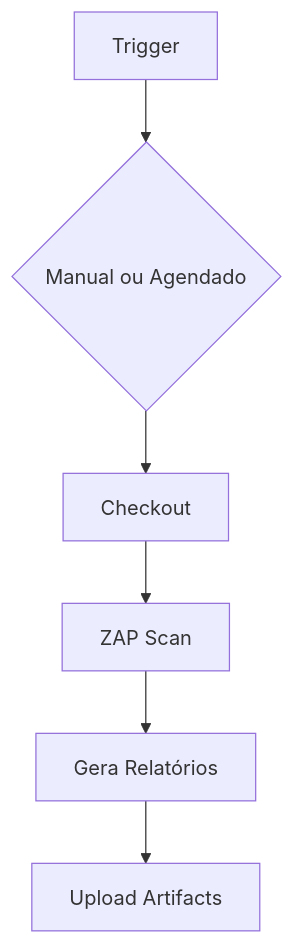
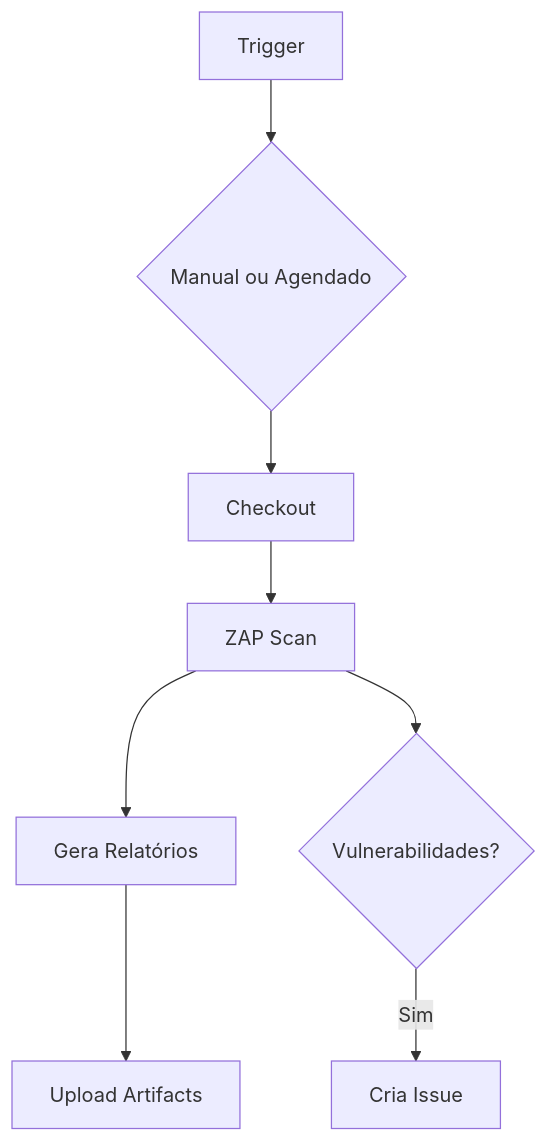
One commit to josenetoo/fiap-dclt-devsecops-aula05 changed the second of 2 diagrams in docs/HANDS-ON-05-02.md. Above: the diagram before and after it, drawn with Mermaid. The commit also changed other lines of this file and 1 other file, not shown here.

````diff
--- a/docs/HANDS-ON-05-02.md
+++ b/docs/HANDS-ON-05-02.md
@@ -170,8 +176,10 @@
 ```mermaid
 graph TB
     A[Trigger] --> B{Manual ou Agendado}
     B --> C[Checkout]
     C --> D[ZAP Scan]
     D --> E[Gera Relatórios]
     E --> F[Upload Artifacts]
+    D --> G{Vulnerabilidades?}
+    G -->|Sim| H[Cria Issue]
 ```
````
